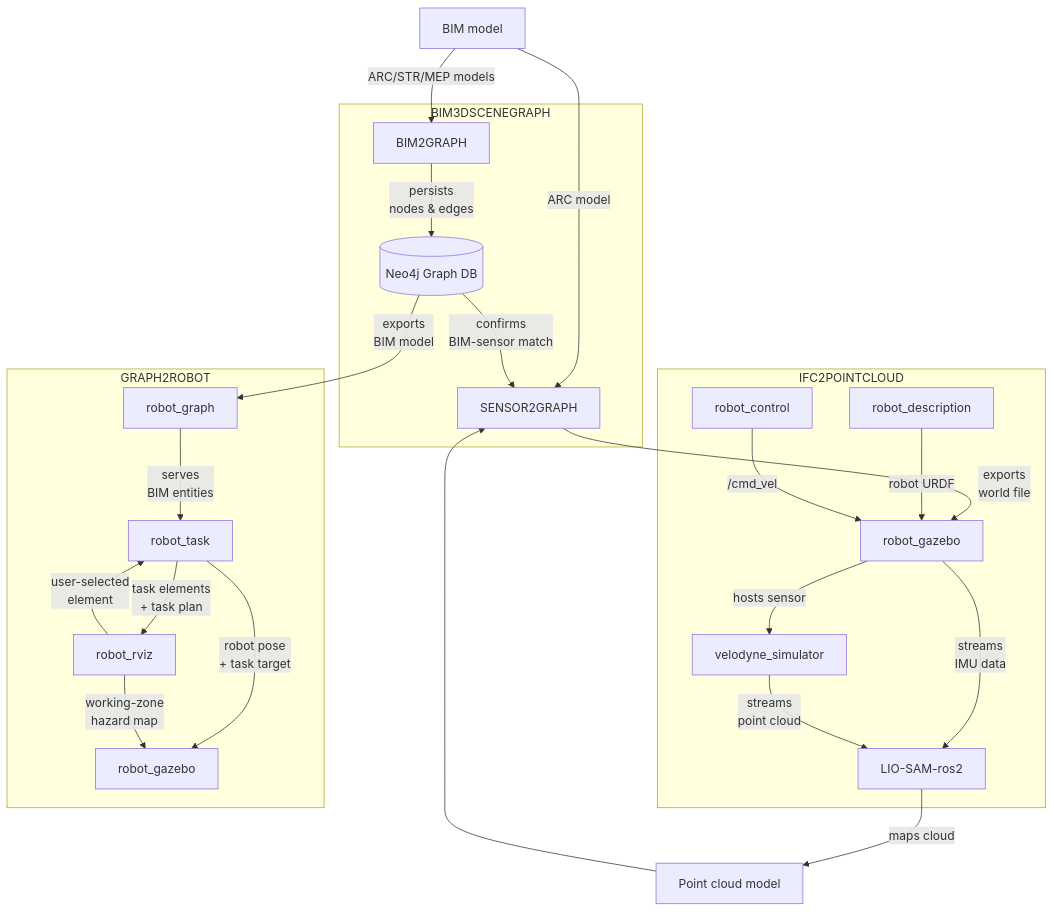
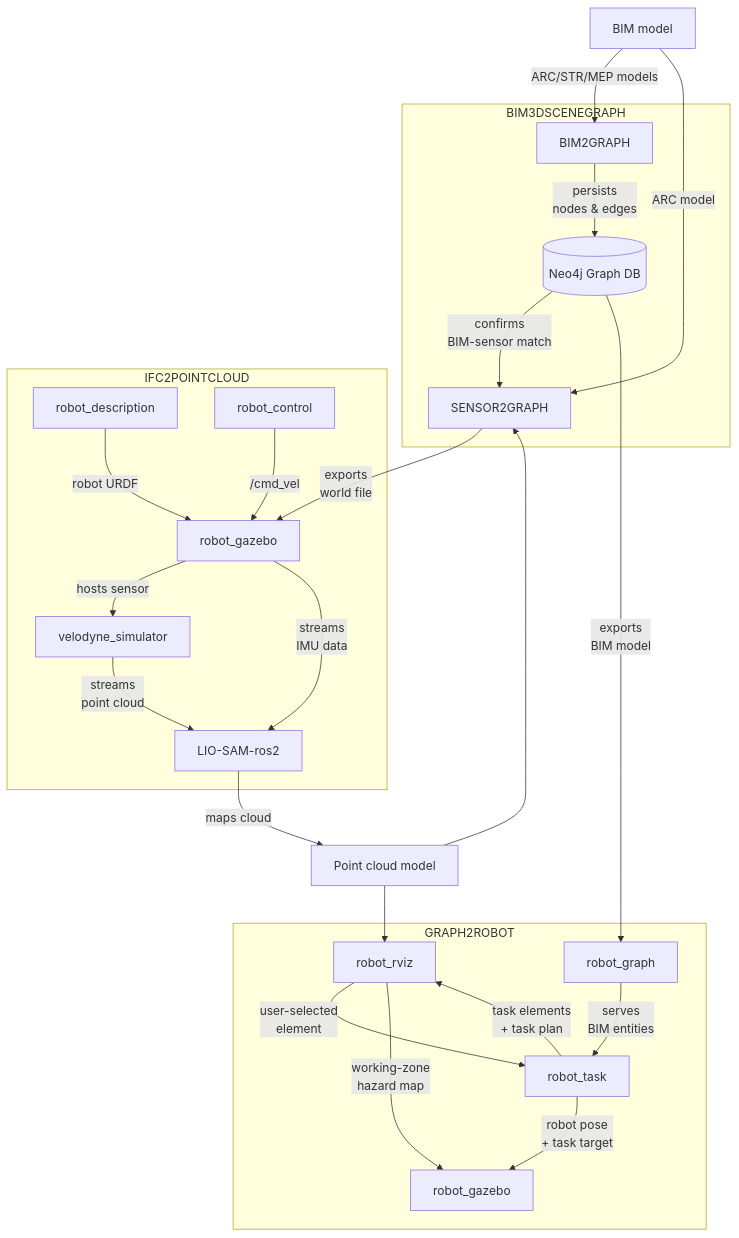
Before and after one commit to GunwoongBang/bim3dscenegraph: the diagram in docs/project-architecture.md, drawn with Mermaid.

````diff
--- a/docs/project-architecture.md
+++ b/docs/project-architecture.md
@@ -1,48 +1,49 @@
 ```mermaid
 flowchart TB
     BIM["BIM model"]
 
     subgraph BIM3DSG["BIM3DSCENEGRAPH"]
         BIM2GRAPH
         SENSOR2GRAPH
         Neo4j[("Neo4j Graph DB")]
     end
     
     subgraph I2PC["IFC2POINTCLOUD"]
         GAZEBO1["robot_gazebo"]
         robot_description
         robot_control
         velodyne_simulator
         LIO-SAM-ros2
     end
 
     subgraph G2R["GRAPH2ROBOT"]
         robot_graph
         robot_task
         robot_rviz
         GAZEBO2["robot_gazebo"]
     end
 
     PCD["Point cloud model"]
 
     BIM --> |ARC/STR/MEP models| BIM2GRAPH
     BIM --> |ARC model| SENSOR2GRAPH
     BIM2GRAPH --> |persists </br>nodes & edges| Neo4j
     Neo4j --> |confirms </br>BIM-sensor match| SENSOR2GRAPH
 
     SENSOR2GRAPH --> |exports </br>world file| GAZEBO1
     robot_description --> |robot URDF| GAZEBO1
     robot_control --> |/cmd_vel| GAZEBO1
     GAZEBO1 --> |hosts sensor| velodyne_simulator
     GAZEBO1 --> |streams </br>IMU data| LIO-SAM-ros2
     velodyne_simulator --> |streams </br>point cloud| LIO-SAM-ros2
     LIO-SAM-ros2 --> |maps cloud| PCD
     PCD --> SENSOR2GRAPH
+    PCD --> robot_rviz
 
     Neo4j --> |exports </br>BIM model| robot_graph
     robot_graph --> |serves </br>BIM entities| robot_task
     robot_task --> |task elements </br>+ task plan| robot_rviz
     robot_task --> |robot pose </br>+ task target| GAZEBO2
     robot_rviz --> |user-selected </br>element| robot_task
     robot_rviz --> |working-zone </br>hazard map| GAZEBO2
 ```
````
